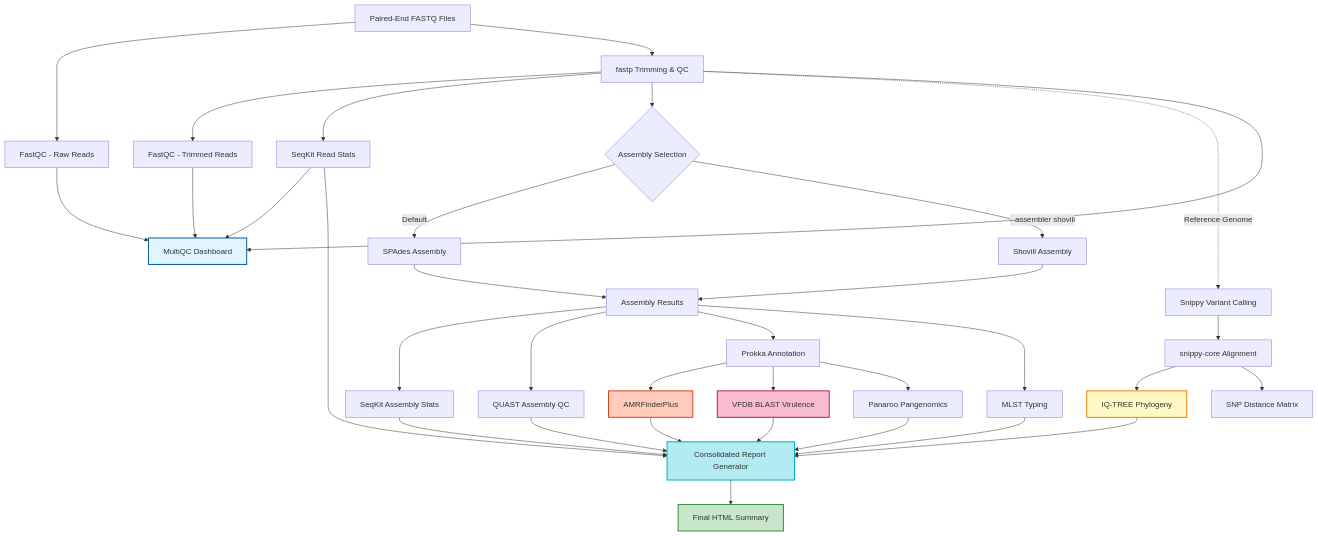
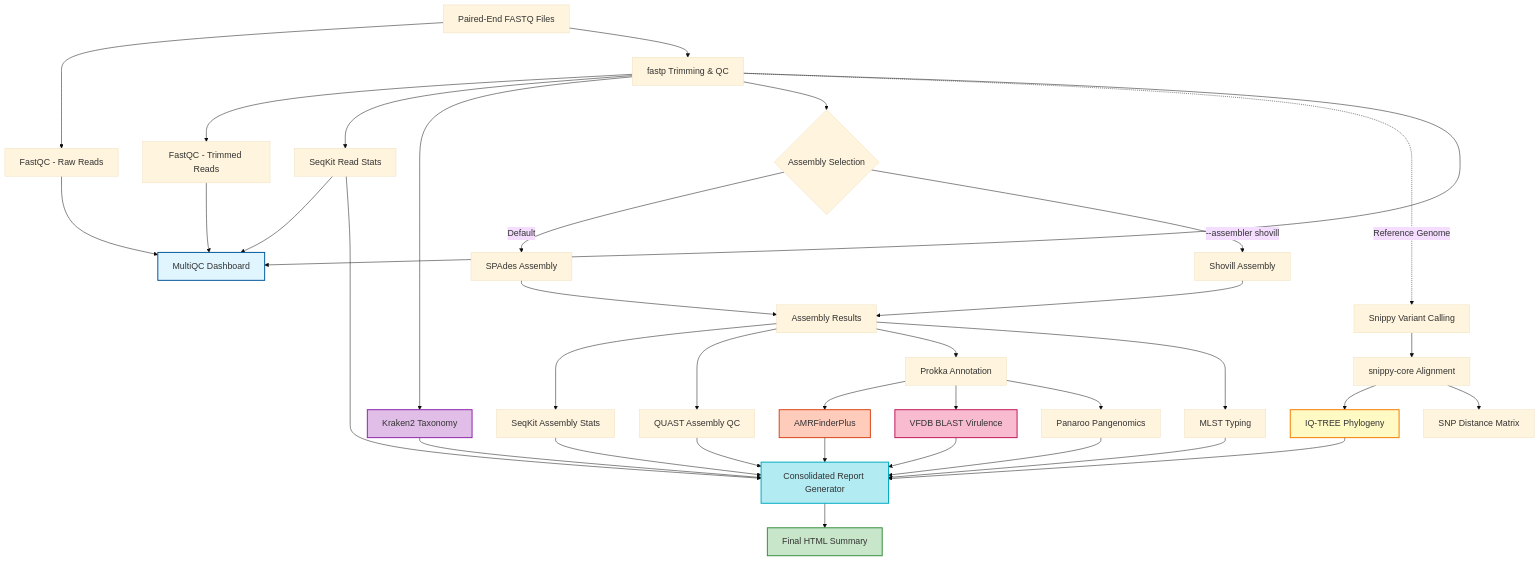
Before and after one commit to cerorziks/bacterial-genome-pipeline: the diagram in README.md, drawn with Mermaid.

Commit message:
Update workflow diagram: include Kraken2 and increase font size

````diff
--- a/README.md
+++ b/README.md
@@ -24,60 +24,59 @@
 ```mermaid
+%%{init: {'theme': 'base', 'themeVariables': { 'fontSize': '18px', 'fontFamily': 'arial'}}}%%
 graph TD
     A[Paired-End FASTQ Files] --> B[FastQC - Raw Reads]
     A --> C[fastp Trimming & QC]
     
     C --> D[FastQC - Trimmed Reads]
     C --> S1[SeqKit Read Stats]
+    C --> KR[Kraken2 Taxonomy]
     C --> E{Assembly Selection}
     
     E -- Default --> E1[SPAdes Assembly]
     E -- "--assembler shovill" --> E2[Shovill Assembly]
     
     E1 --> F[Assembly Results]
     E2 --> F
     
     F --> S2[SeqKit Assembly Stats]
     F --> G[QUAST Assembly QC]
     F --> H[Prokka Annotation]
     F --> I[MLST Typing]
     
     H --> J[AMRFinderPlus]
     H --> K[VFDB BLAST Virulence]
     
     C -.Reference Genome.-> L[Snippy Variant Calling]
     L --> M[snippy-core Alignment]
     M --> N[IQ-TREE Phylogeny]
     M --> P[SNP Distance Matrix]
     
     B --> MQC[MultiQC Dashboard]
     D --> MQC
     C --> MQC
     S1 --> MQC
     
     H --> PAN[Panaroo Pangenomics]
     
     BS[Consolidated Report Generator]
     
     S1 --> BS
     S2 --> BS
     G --> BS
     J --> BS
     I --> BS
     K --> BS
     N --> BS
     PAN --> BS
+    KR --> BS
     
     BS --> Q[Final HTML Summary]
     
     style Q fill:#c8e6c9,stroke:#388e3c,stroke-width:2px
     style N fill:#fff9c4,stroke:#f57c00,stroke-width:2px
     style J fill:#ffccbc,stroke:#d84315,stroke-width:2px
     style K fill:#f8bbd0,stroke:#c2185b,stroke-width:2px
+    style KR fill:#e1bee7,stroke:#8e24aa,stroke-width:2px
     style BS fill:#b2ebf2,stroke:#00acc1,stroke-width:2px
     style MQC fill:#e1f5fe,stroke:#01579b,stroke-width:2px
-    style Q fill:#c8e6c9,stroke:#388e3c,stroke-width:2px
-    style N fill:#fff9c4,stroke:#f57c00,stroke-width:2px
-    style J fill:#ffccbc,stroke:#d84315,stroke-width:2px
-    style K fill:#f8bbd0,stroke:#c2185b,stroke-width:2px
-    style BS fill:#b2ebf2,stroke:#00acc1,stroke-width:2px
 ```
````
